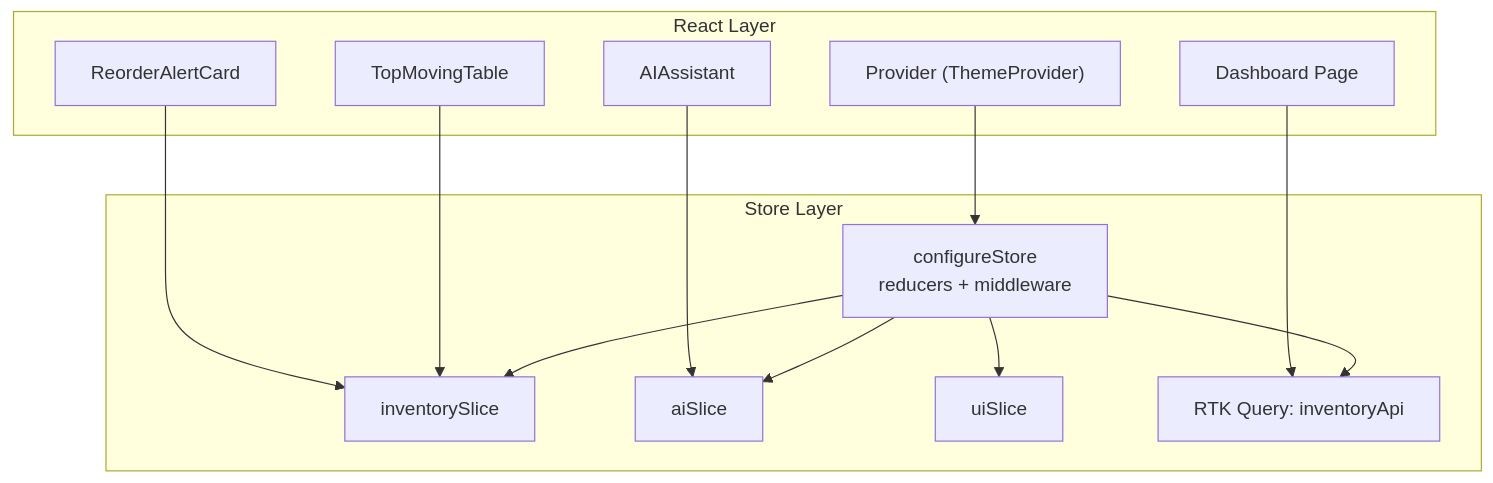
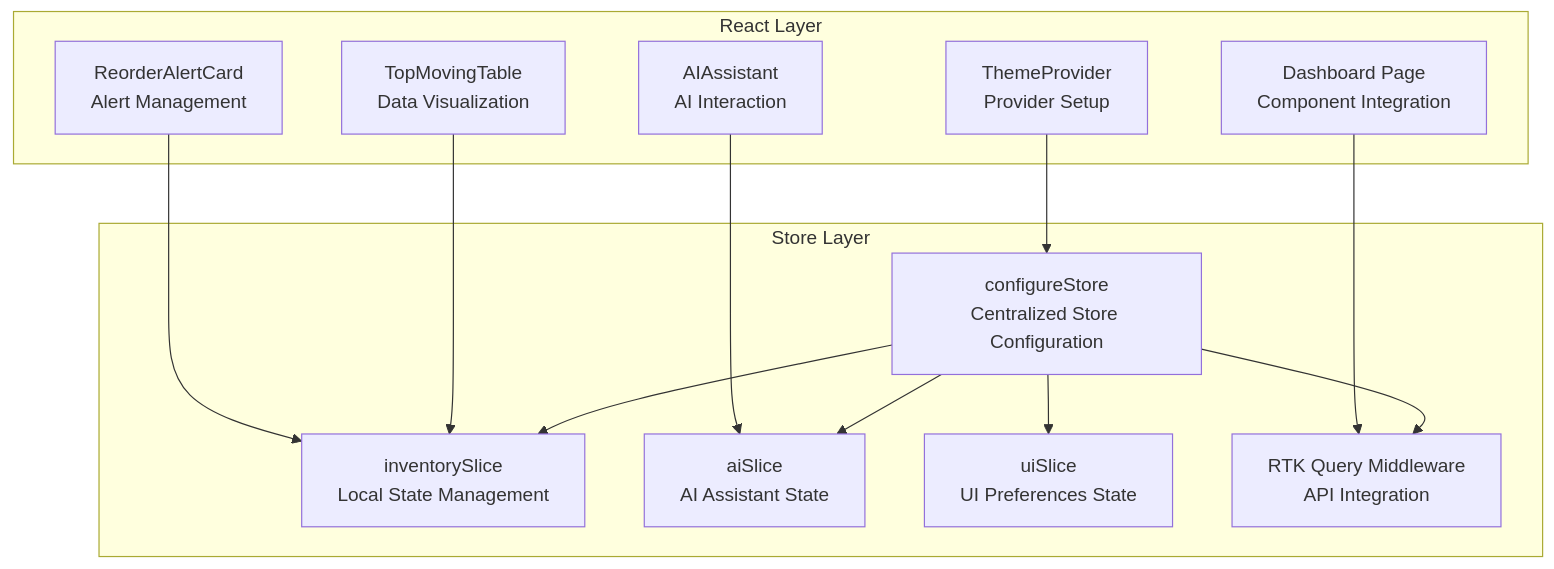
One commit to cacamarica/dashboard-ai changed the first of 8 diagrams in .qoder/repowiki/en/content/State Management.md. Above: the diagram before and after it, drawn with Mermaid. The commit also changed other lines of this file and 14 other files, not shown here.

````diff
--- a/.qoder/repowiki/en/content/State Management.md
+++ b/.qoder/repowiki/en/content/State Management.md
@@ -44,26 +53,26 @@
 ```mermaid
 graph TB
 subgraph "Store Layer"
-Store["configureStore<br/>reducers + middleware"]
-SliceInv["inventorySlice"]
-SliceAI["aiSlice"]
-SliceUI["uiSlice"]
-ApiInv["RTK Query: inventoryApi"]
+Store["configureStore<br/>Centralized Store Configuration"]
+InventorySlice["inventorySlice<br/>Local State Management"]
+AISlice["aiSlice<br/>AI Assistant State"]
+UISlice["uiSlice<br/>UI Preferences State"]
+RTKQuery["RTK Query Middleware<br/>API Integration"]
 end
 subgraph "React Layer"
-Provider["Provider (ThemeProvider)"]
-Page["Dashboard Page"]
-CompAI["AIAssistant"]
-CompTop["TopMovingTable"]
-CompAlert["ReorderAlertCard"]
+ThemeProvider["ThemeProvider<br/>Provider Setup"]
+DashboardPage["Dashboard Page<br/>Component Integration"]
+AIAssistant["AIAssistant<br/>AI Interaction"]
+TopMovingTable["TopMovingTable<br/>Data Visualization"]
+ReorderAlertCard["ReorderAlertCard<br/>Alert Management"]
 end
-Provider --> Store
-Store --> SliceInv
-Store --> SliceAI
-Store --> SliceUI
-Store --> ApiInv
-Page --> ApiInv
-CompAI --> SliceAI
-CompTop --> SliceInv
-CompAlert --> SliceInv
+Store --> InventorySlice
+Store --> AISlice
+Store --> UISlice
+Store --> RTKQuery
+ThemeProvider --> Store
+DashboardPage --> RTKQuery
+AIAssistant --> AISlice
+TopMovingTable --> InventorySlice
+ReorderAlertCard --> InventorySlice
 ```
````
